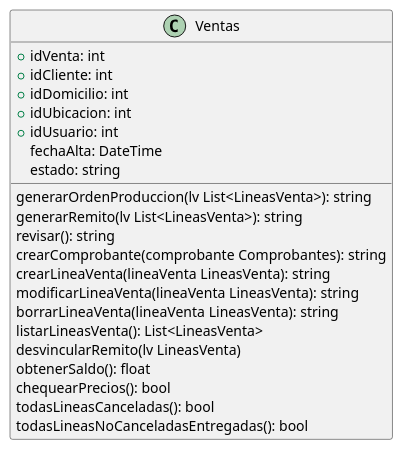
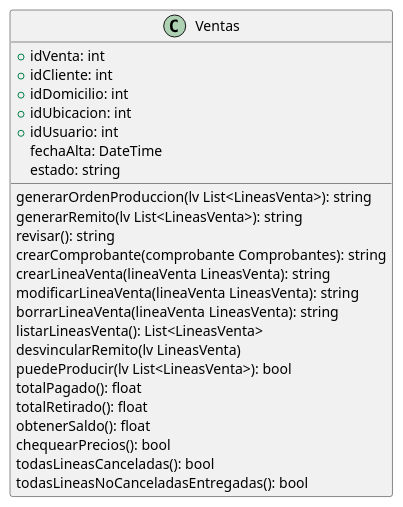
The diagram in DiagramaClases/Clases/Ventas.puml (ZMGestion/DocumentacionZMGestion), drawn with PlantUML before and after one commit. The commit also changed 2 other files, not shown here.

```diff
--- a/DiagramaClases/Clases/Ventas.puml
+++ b/DiagramaClases/Clases/Ventas.puml
@@ -1,26 +1,29 @@
 @startuml Ventas
 class Ventas{
     +idVenta: int
     +idCliente: int
     +idDomicilio: int
     +idUbicacion: int
     +idUsuario: int
     fechaAlta: DateTime
     estado: string
 
     generarOrdenProduccion(lv List<LineasVenta>): string
     generarRemito(lv List<LineasVenta>): string
     revisar(): string
     crearComprobante(comprobante Comprobantes): string
     crearLineaVenta(lineaVenta LineasVenta): string
     modificarLineaVenta(lineaVenta LineasVenta): string
     borrarLineaVenta(lineaVenta LineasVenta): string
     listarLineasVenta(): List<LineasVenta>
     desvincularRemito(lv LineasVenta)
+    puedeProducir(lv List<LineasVenta>): bool
+    totalPagado(): float
+    totalRetirado(): float
     obtenerSaldo(): float
     chequearPrecios(): bool
     todasLineasCanceladas(): bool
     todasLineasNoCanceladasEntregadas(): bool
 
 }
 @enduml
```
